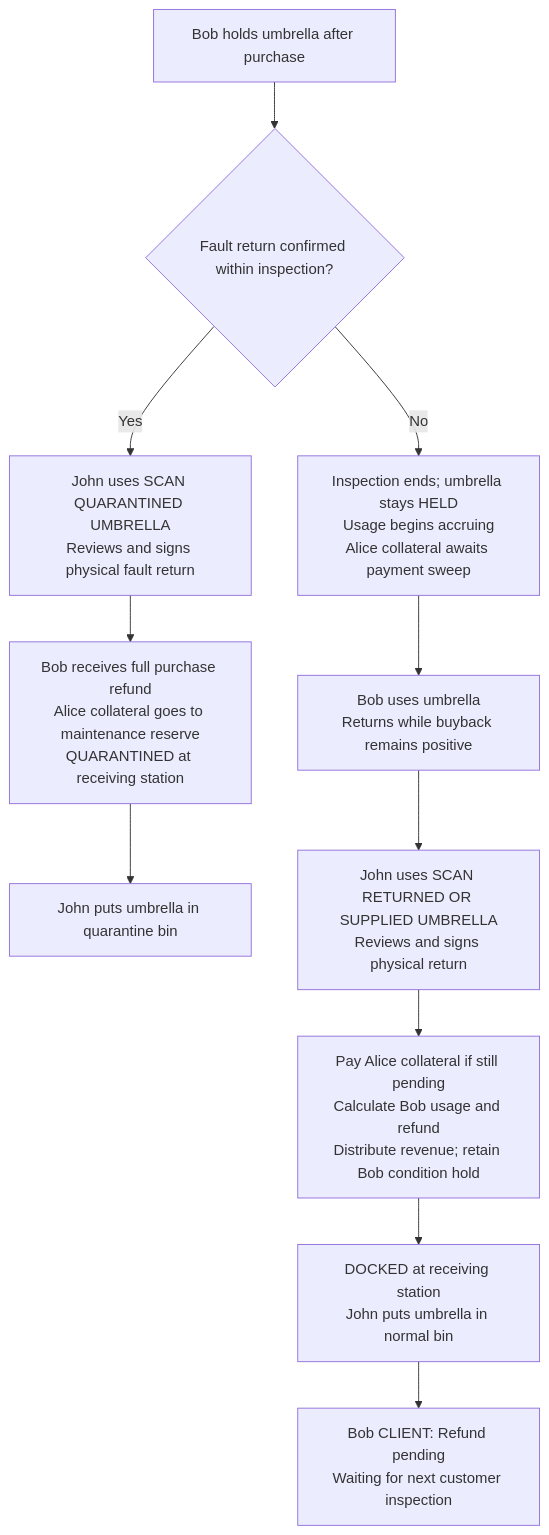
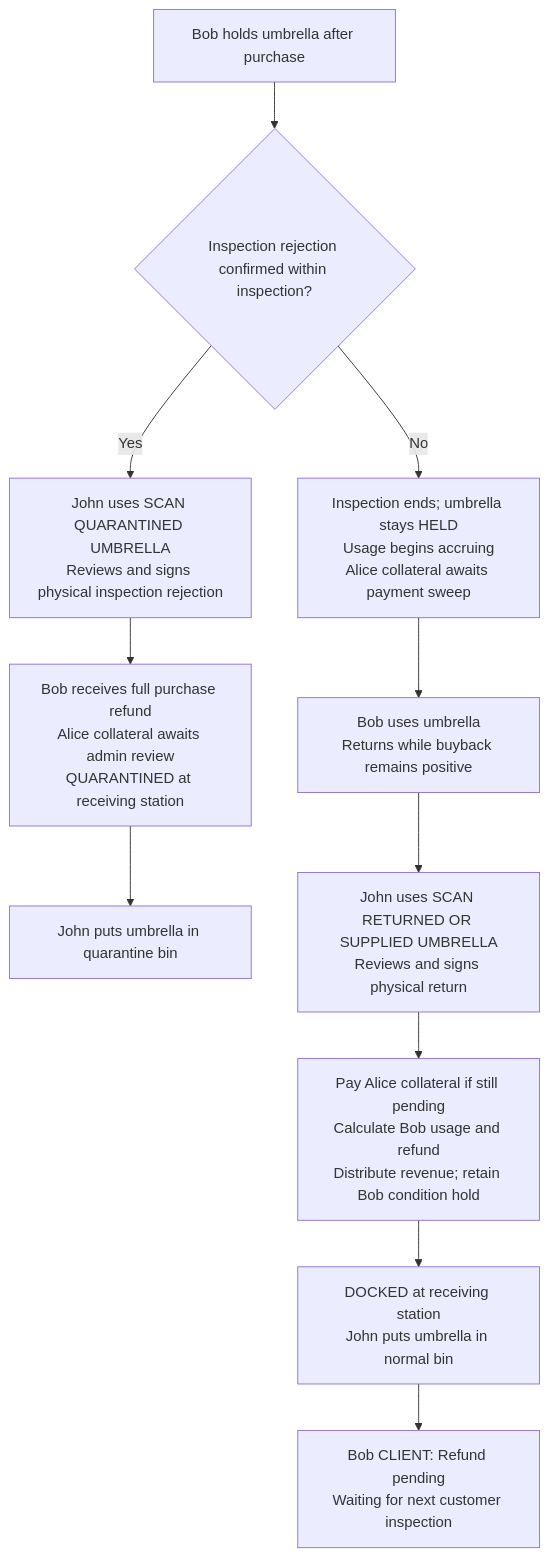
Before and after one commit to towa-hi/sui-kirisame: the fifth of 10 diagrams in docs/project-flows.md, drawn with Mermaid. The commit also changed other lines of this file and 6 other files, not shown here.

````diff
--- a/docs/project-flows.md
+++ b/docs/project-flows.md
@@ -102,13 +102,13 @@
 ```mermaid
 flowchart TD
-    Bob["Bob holds umbrella after purchase"] --> Fault{"Fault return confirmed within inspection?"}
-    Fault -->|Yes| Reject["John uses SCAN QUARANTINED UMBRELLA<br/>Reviews and signs physical fault return"]
-    Reject --> Quarantine["Bob receives full purchase refund<br/>Alice collateral goes to maintenance reserve<br/>QUARANTINED at receiving station"]
+    Bob["Bob holds umbrella after purchase"] --> Fault{"Inspection rejection confirmed within inspection?"}
+    Fault -->|Yes| Reject["John uses SCAN QUARANTINED UMBRELLA<br/>Reviews and signs physical inspection rejection"]
+    Reject --> Quarantine["Bob receives full purchase refund<br/>Alice collateral awaits admin review<br/>QUARANTINED at receiving station"]
     Quarantine --> Bin["John puts umbrella in quarantine bin"]
     Fault -->|No| Expiry["Inspection ends; umbrella stays HELD<br/>Usage begins accruing<br/>Alice collateral awaits payment sweep"]
     Expiry --> Use["Bob uses umbrella<br/>Returns while buyback remains positive"]
     Use --> Scan["John uses SCAN RETURNED OR SUPPLIED UMBRELLA<br/>Reviews and signs physical return"]
     Scan --> Pay["Pay Alice collateral if still pending<br/>Calculate Bob usage and refund<br/>Distribute revenue; retain Bob condition hold"]
     Pay --> Dock["DOCKED at receiving station<br/>John puts umbrella in normal bin"]
     Dock --> Pending["Bob CLIENT: Refund pending<br/>Waiting for next customer inspection"]
 ```
````
